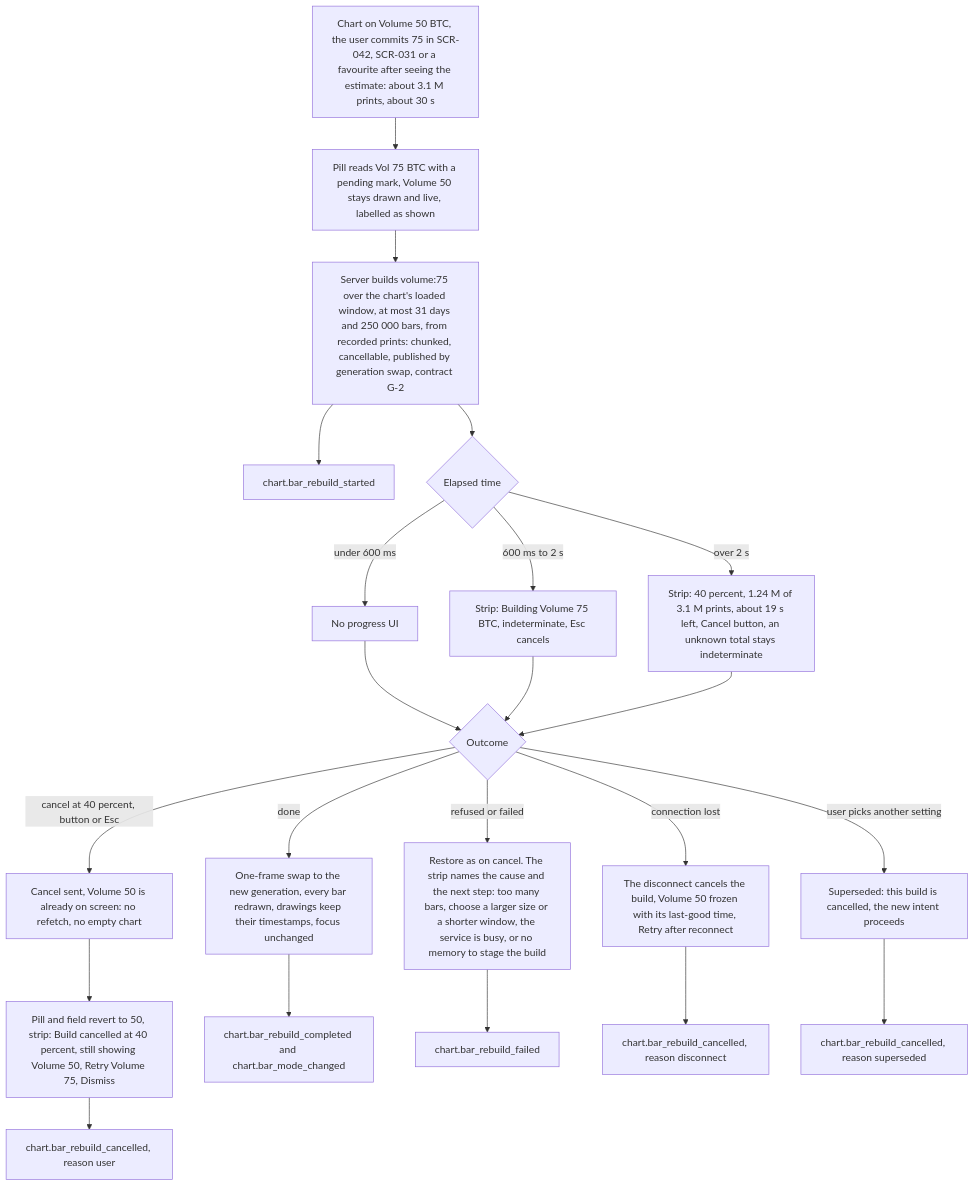
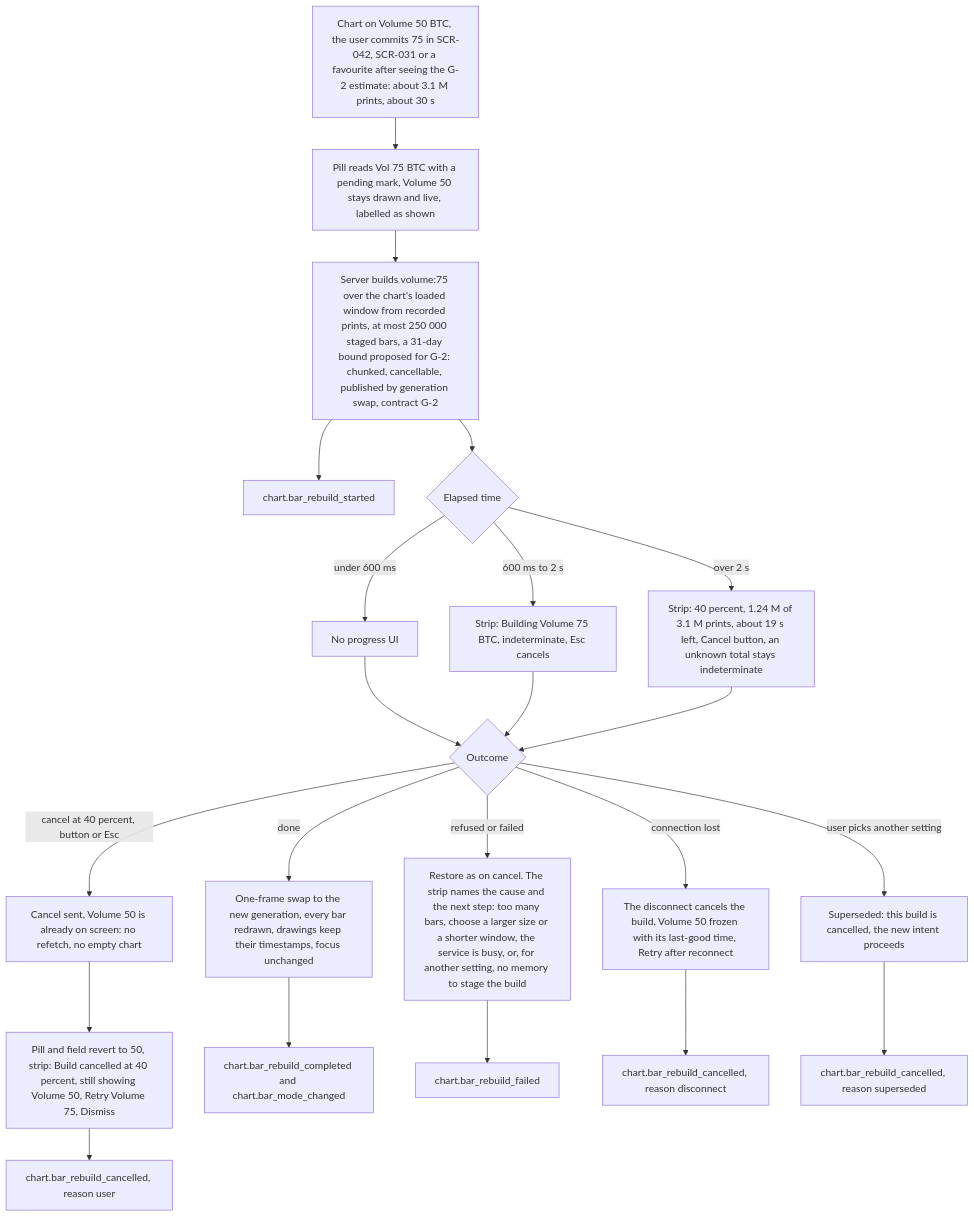
One commit to CandleViewer/CandleViewer changed diagram 28 of 30 in docs/plan/13-user-flows.md. Above: the diagram before and after it, drawn with Mermaid. The commit also changed other lines of this file and 1 other file, not shown here.

First line of the commit message:
docs(chart-engine): fold the round-2 review into the F-BAR flows and SCR-030 matrix

````diff
--- a/docs/plan/13-user-flows.md
+++ b/docs/plan/13-user-flows.md
@@ -814,24 +815,24 @@
 ```mermaid
 flowchart TD
-  A3["Chart on Volume 50 BTC, the user commits 75 in SCR-042, SCR-031 or a favourite after seeing the estimate: about 3.1 M prints, about 30 s"] --> B3["Pill reads Vol 75 BTC with a pending mark, Volume 50 stays drawn and live, labelled as shown"]
-  B3 --> C3["Server builds volume:75 over the chart's loaded window, at most 31 days and 250 000 bars, from recorded prints: chunked, cancellable, published by generation swap, contract G-2"]
+  A3["Chart on Volume 50 BTC, the user commits 75 in SCR-042, SCR-031 or a favourite after seeing the G-2 estimate: about 3.1 M prints, about 30 s"] --> B3["Pill reads Vol 75 BTC with a pending mark, Volume 50 stays drawn and live, labelled as shown"]
+  B3 --> C3["Server builds volume:75 over the chart's loaded window from recorded prints, at most 250 000 staged bars, a 31-day bound proposed for G-2: chunked, cancellable, published by generation swap, contract G-2"]
   C3 --> V3["chart.bar_rebuild_started"]
   C3 --> D3{"Elapsed time"}
   D3 -->|under 600 ms| E3["No progress UI"]
   D3 -->|600 ms to 2 s| F3["Strip: Building Volume 75 BTC, indeterminate, Esc cancels"]
   D3 -->|over 2 s| G3["Strip: 40 percent, 1.24 M of 3.1 M prints, about 19 s left, Cancel button, an unknown total stays indeterminate"]
   E3 --> H3{"Outcome"}
   F3 --> H3
   G3 --> H3
   H3 -->|done| I3["One-frame swap to the new generation, every bar redrawn, drawings keep their timestamps, focus unchanged"]
   H3 -->|cancel at 40 percent, button or Esc| J3["Cancel sent, Volume 50 is already on screen: no refetch, no empty chart"]
   J3 --> K3["Pill and field revert to 50, strip: Build cancelled at 40 percent, still showing Volume 50, Retry Volume 75, Dismiss"]
-  H3 -->|refused or failed| N3["Restore as on cancel. The strip names the cause and the next step: too many bars, choose a larger size or a shorter window, the service is busy, or no memory to stage the build"]
+  H3 -->|refused or failed| N3["Restore as on cancel. The strip names the cause and the next step: too many bars, choose a larger size or a shorter window, the service is busy, or, for another setting, no memory to stage the build"]
   H3 -->|connection lost| O3["The disconnect cancels the build, Volume 50 frozen with its last-good time, Retry after reconnect"]
   H3 -->|user picks another setting| P3["Superseded: this build is cancelled, the new intent proceeds"]
   I3 --> Q3["chart.bar_rebuild_completed and chart.bar_mode_changed"]
   K3 --> R3["chart.bar_rebuild_cancelled, reason user"]
   N3 --> S3["chart.bar_rebuild_failed"]
   O3 --> T3["chart.bar_rebuild_cancelled, reason disconnect"]
   P3 --> U3["chart.bar_rebuild_cancelled, reason superseded"]
 ```
````
